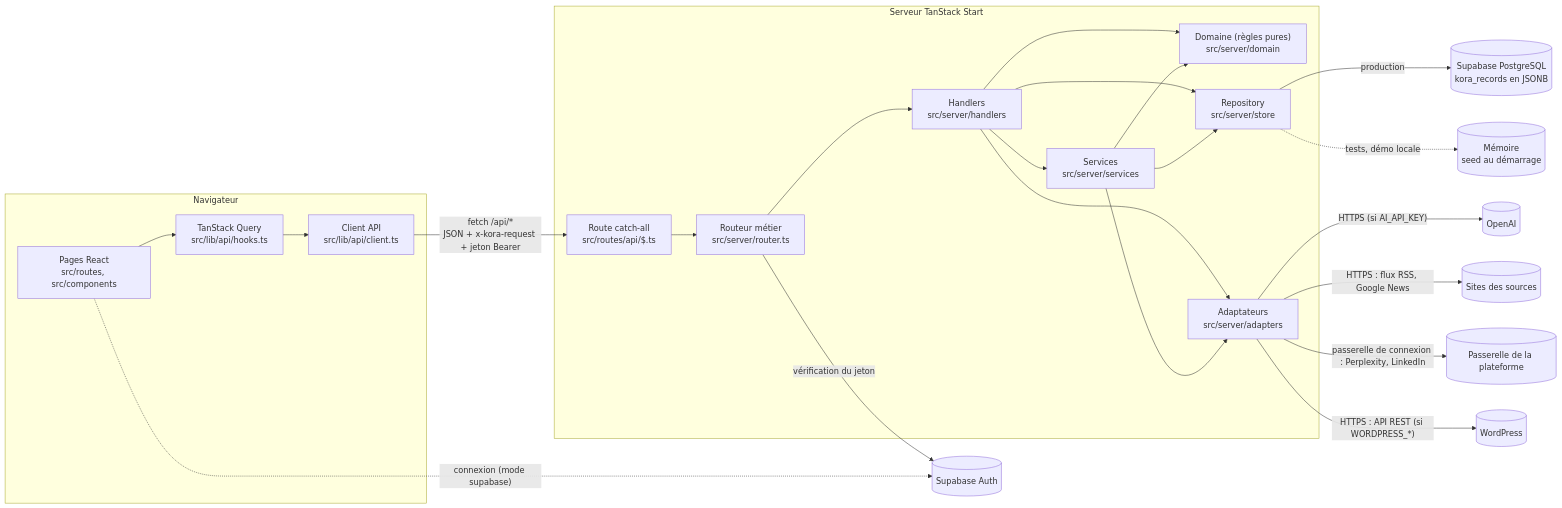
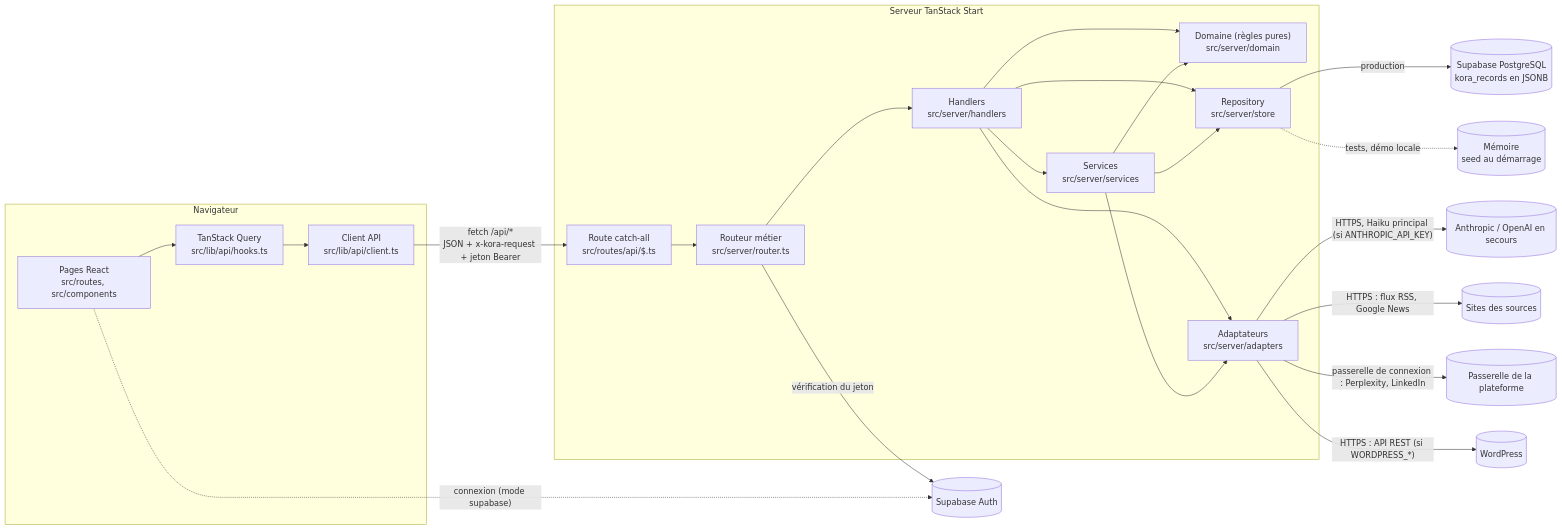
Before and after one commit to Makk7709/koraino: the first of 2 diagrams in docs/02-architecture.md, drawn with Mermaid. The commit also changed other lines of this file and 8 other files, not shown here.

Commit message:
docs(a3): align audit evidence, financial architecture and CI before draft PR

````diff
--- a/docs/02-architecture.md
+++ b/docs/02-architecture.md
@@ -23,35 +23,35 @@
 ```mermaid
 flowchart LR
   subgraph Navigateur
     UI["Pages React<br/>src/routes, src/components"]
     Q["TanStack Query<br/>src/lib/api/hooks.ts"]
     C["Client API<br/>src/lib/api/client.ts"]
     UI --> Q --> C
   end
   subgraph "Serveur TanStack Start"
     R["Route catch-all<br/>src/routes/api/$.ts"]
     RT["Routeur métier<br/>src/server/router.ts"]
     H["Handlers<br/>src/server/handlers"]
     S["Services<br/>src/server/services"]
     D["Domaine (règles pures)<br/>src/server/domain"]
     ST["Repository<br/>src/server/store"]
     A["Adaptateurs<br/>src/server/adapters"]
     R --> RT --> H
     H --> S
     H --> D
     S --> D
     H --> ST
     S --> ST
     H --> A
     S --> A
   end
   C -- "fetch /api/*<br/>JSON + x-kora-request + jeton Bearer" --> R
   UI -. "connexion (mode supabase)" .-> SBA[(Supabase Auth)]
   RT -- "vérification du jeton" --> SBA
-  A -- "HTTPS (si AI_API_KEY)" --> OAI[(OpenAI)]
+  A -- "HTTPS, Haiku principal (si ANTHROPIC_API_KEY)" --> OAI[(Anthropic / OpenAI en secours)]
   A -- "HTTPS : flux RSS, Google News" --> WEB[(Sites des sources)]
   A -- "passerelle de connexion : Perplexity, LinkedIn" --> GW[(Passerelle de la plateforme)]
   A -- "HTTPS : API REST (si WORDPRESS_*)" --> WPX[(WordPress)]
   ST -- "production" --> DB[("Supabase PostgreSQL<br/>kora_records en JSONB")]
   ST -. "tests, démo locale" .-> MEM[("Mémoire<br/>seed au démarrage")]
 ```
````
